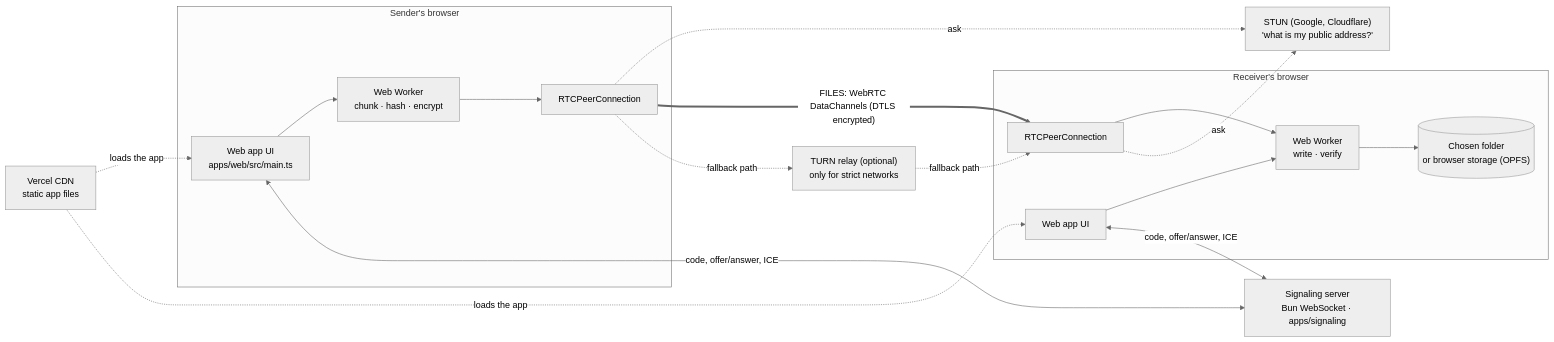
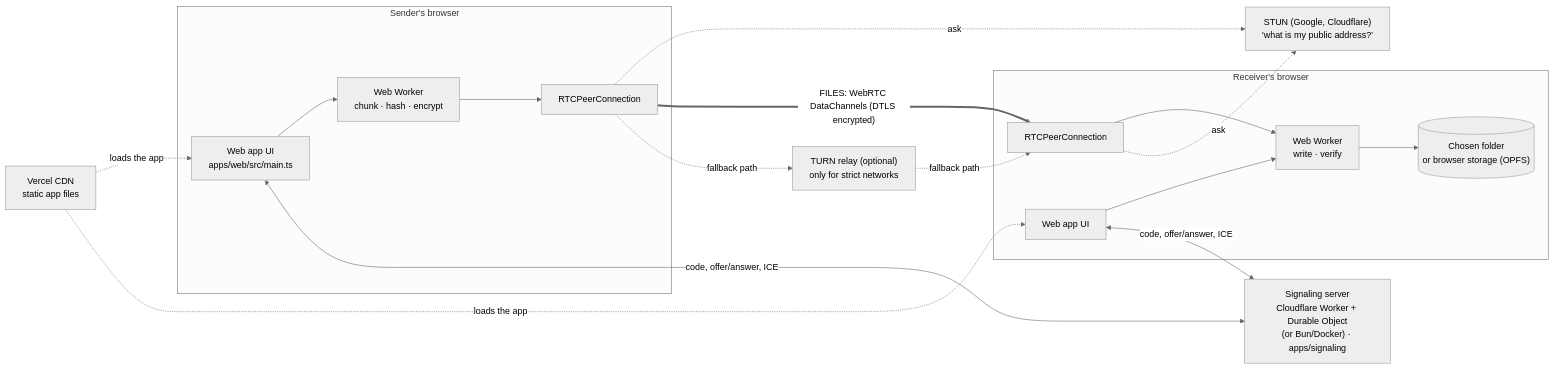
One commit to VaraKare/DropBeam changed the first of 3 diagrams in docs/MAP.md. Above: the diagram before and after it, drawn with Mermaid (neutral theme). The commit also changed other lines of this file and 21 other files, not shown here.

First line of the commit message:
Signaling on Cloudflare Workers + one Durable Object (ADR-007)

````diff
--- a/docs/MAP.md
+++ b/docs/MAP.md
@@ -11,32 +11,32 @@
 ```mermaid
 flowchart LR
     subgraph A["Sender's browser"]
         UIa["Web app UI<br/>apps/web/src/main.ts"]
         Wa["Web Worker<br/>chunk · hash · encrypt"]
         PCa["RTCPeerConnection"]
         UIa --> Wa --> PCa
     end
 
     subgraph B["Receiver's browser"]
         UIb["Web app UI"]
         Wb["Web Worker<br/>write · verify"]
         PCb["RTCPeerConnection"]
         DISK[("Chosen folder<br/>or browser storage (OPFS)")]
         PCb --> Wb --> DISK
         UIb --> Wb
     end
 
     CDN["Vercel CDN<br/>static app files"]
-    SIG["Signaling server<br/>Bun WebSocket · apps/signaling"]
+    SIG["Signaling server<br/>Cloudflare Worker + Durable Object<br/>(or Bun/Docker) · apps/signaling"]
     STUN["STUN (Google, Cloudflare)<br/>'what is my public address?'"]
     TURN["TURN relay (optional)<br/>only for strict networks"]
 
     CDN -. "loads the app" .-> UIa
     CDN -. "loads the app" .-> UIb
     UIa <-- "code, offer/answer, ICE" --> SIG
     UIb <-- "code, offer/answer, ICE" --> SIG
     PCa -. ask .-> STUN
     PCb -. ask .-> STUN
     PCa == "FILES: WebRTC DataChannels (DTLS encrypted)" ==> PCb
     PCa -. "fallback path" .-> TURN -. "fallback path" .-> PCb
 ```
````
